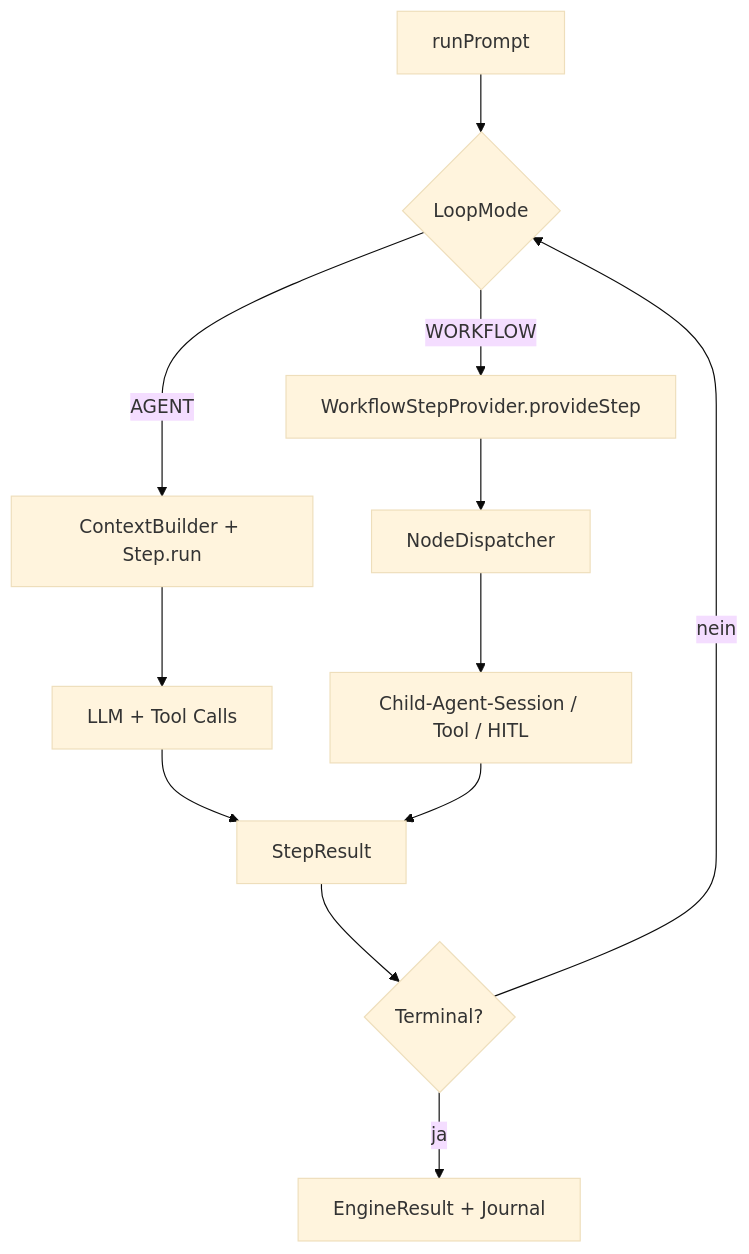
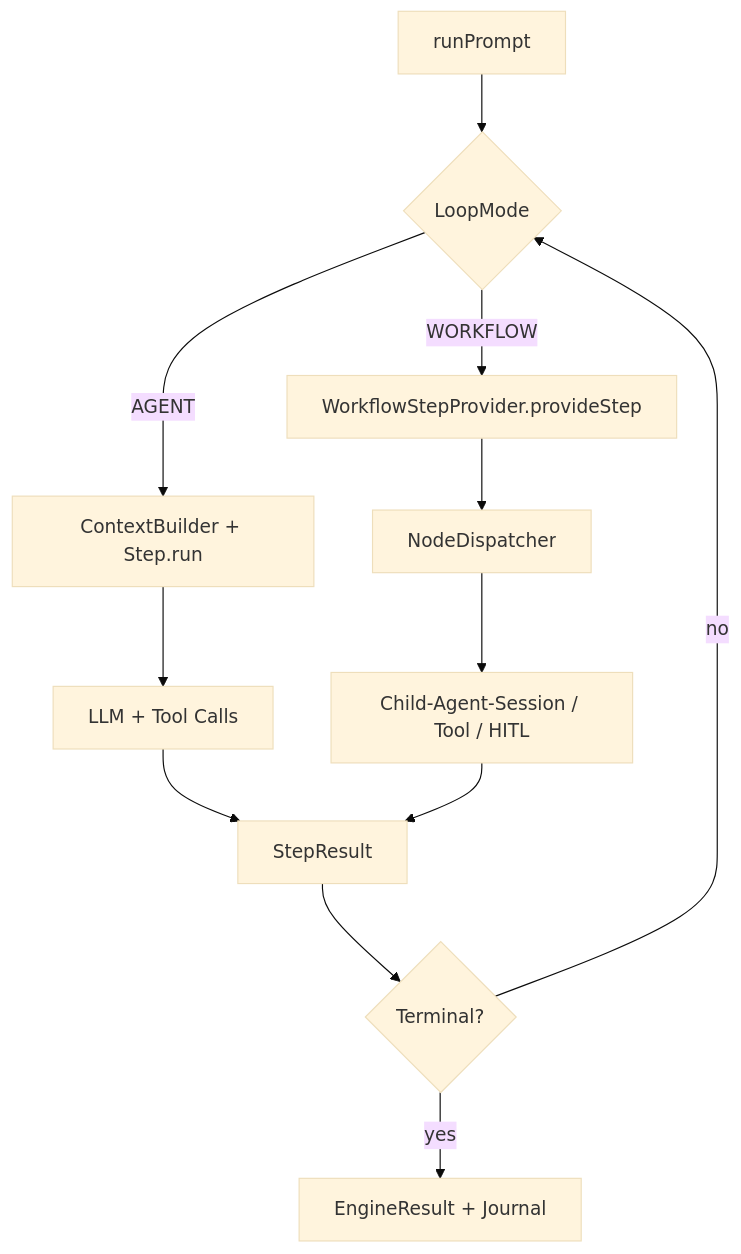
Before and after one commit to augmentia-de/QOC: the first of 2 diagrams in docs/Features.md, drawn with Mermaid (base theme). The commit also changed other lines of this file and 111 other files, not shown here.

````diff
--- a/docs/Features.md
+++ b/docs/Features.md
@@ -46,14 +46,14 @@
 ```mermaid
 flowchart TD
     A[runPrompt] --> B{LoopMode}
     B -->|AGENT| C[ContextBuilder + Step.run]
     C --> D[LLM + Tool Calls]
     D --> E[StepResult]
     B -->|WORKFLOW| F[WorkflowStepProvider.provideStep]
     F --> G[NodeDispatcher]
     G --> H[Child-Agent-Session / Tool / HITL]
     H --> E
     E --> I{Terminal?}
-    I -->|nein| B
-    I -->|ja| J[EngineResult + Journal]
+    I -->|no| B
+    I -->|yes| J[EngineResult + Journal]
 ```
````
